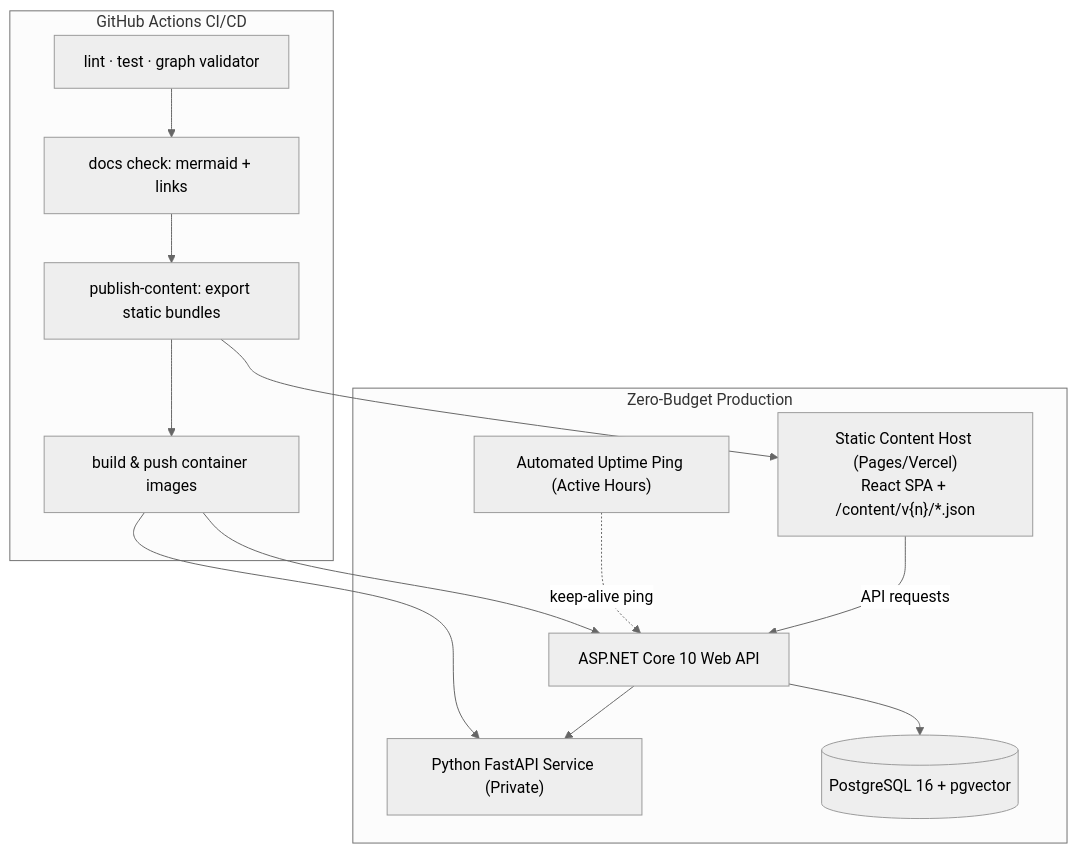
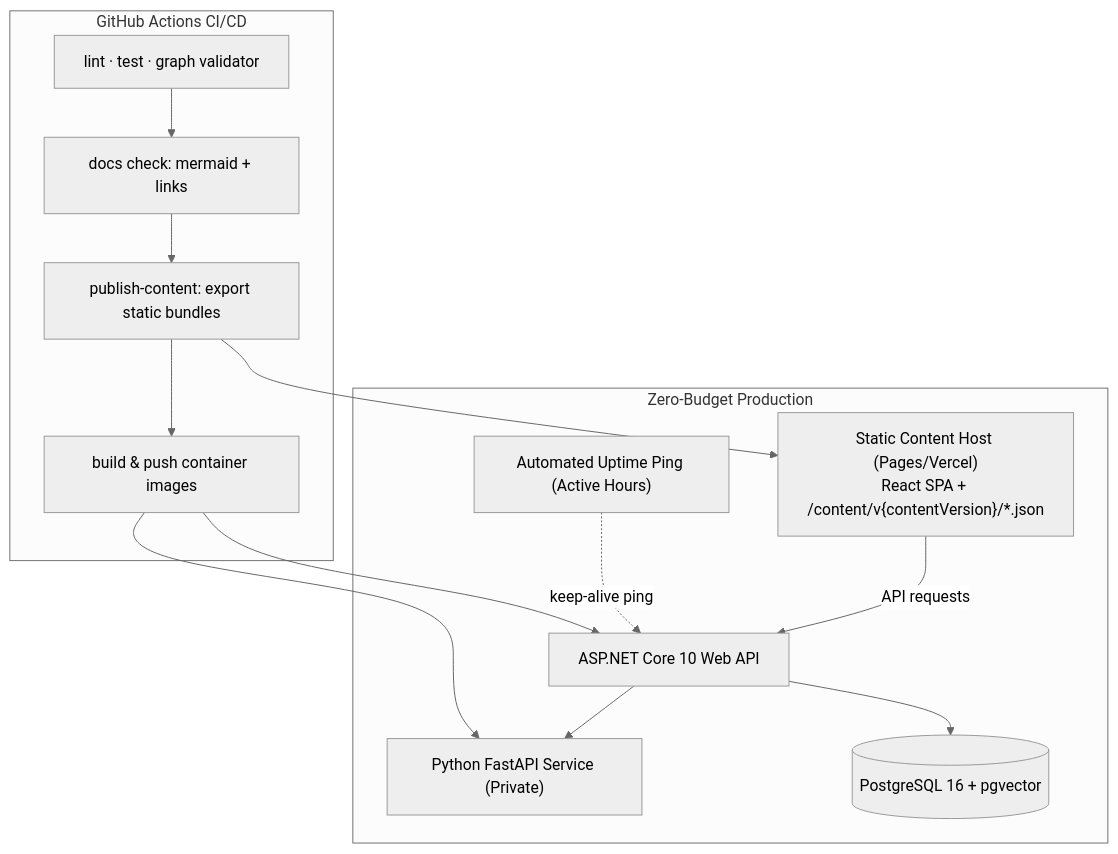
One commit to Masar-SCU/Masar changed the eighth of 8 diagrams in docs/03-architecture.md. Above: the diagram before and after it, drawn with Mermaid (neutral theme). The commit also changed other lines of this file and 19 other files, not shown here.

````diff
--- a/docs/03-architecture.md
+++ b/docs/03-architecture.md
@@ -348,26 +348,26 @@
 ```mermaid
 flowchart TB
     subgraph CI["GitHub Actions CI/CD"]
         G1["lint · test · graph validator"]
         G2["docs check: mermaid + links"]
         G3["publish-content: export static bundles"]
         G4["build & push container images"]
         G1 --> G2 --> G3 --> G4
     end
 
     subgraph PROD["Zero-Budget Production"]
-        CDN["Static Content Host (Pages/Vercel)<br/>React SPA + /content/v{n}/*.json"]
+        CDN["Static Content Host (Pages/Vercel)<br/>React SPA + /content/v{contentVersion}/*.json"]
         API["ASP.NET Core 10 Web API"]
         AISVC["Python FastAPI Service (Private)"]
         DB[("PostgreSQL 16 + pgvector")]
         PING["Automated Uptime Ping (Active Hours)"]
     end
 
     G3 --> CDN
     G4 --> API
     G4 --> AISVC
     PING -.->|"keep-alive ping"| API
     CDN -->|"API requests"| API
     API --> DB
     API --> AISVC
 ```
````
